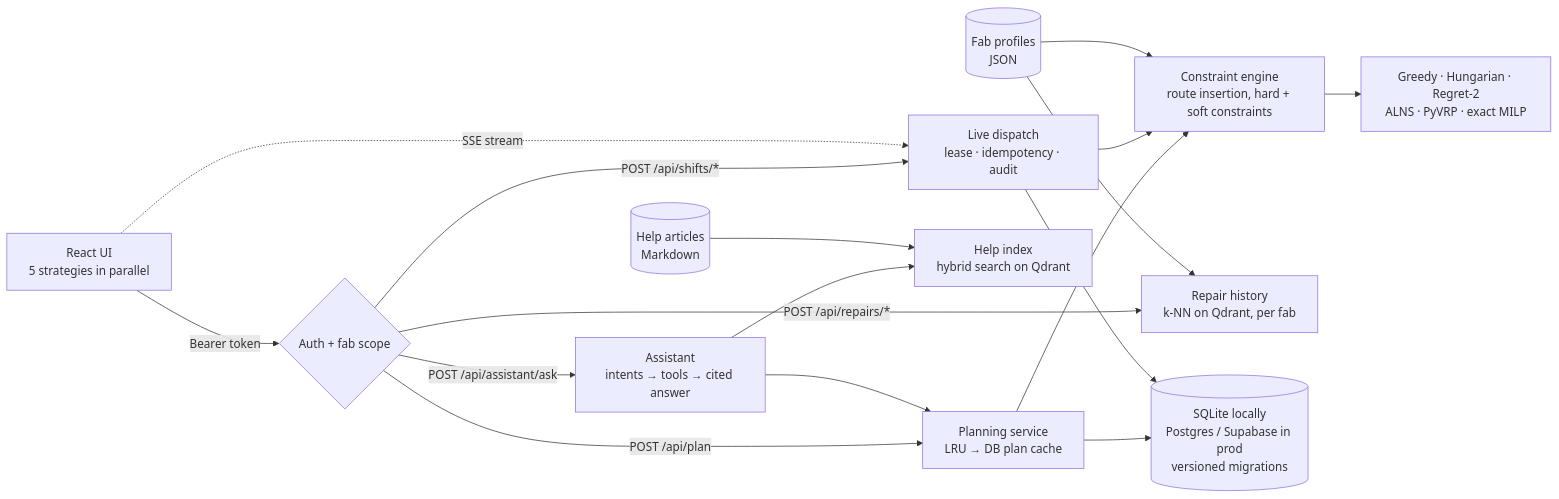
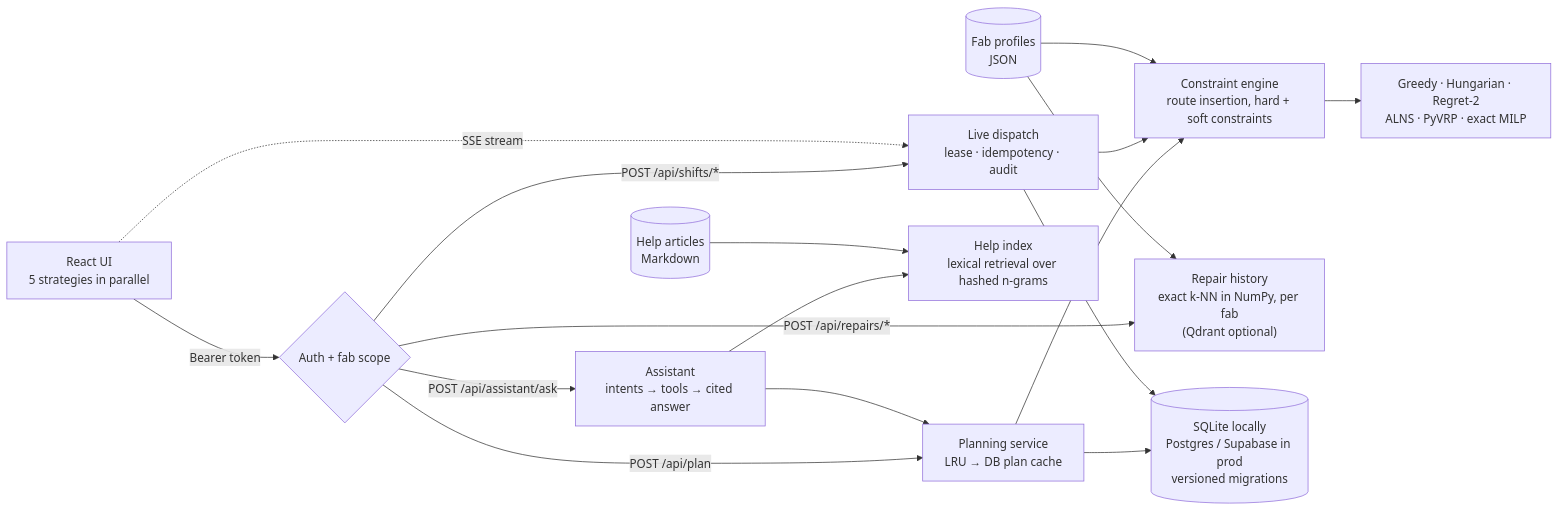
Before and after one commit to pavansky/fab-dispatch: the diagram in README.md, drawn with Mermaid. The commit also changed other lines of this file and 22 other files, not shown here.

````diff
--- a/README.md
+++ b/README.md
@@ -263,17 +287,17 @@
 ```mermaid
 flowchart LR
   UI["React UI<br/>5 strategies in parallel"] -->|"Bearer token"| AUTH{"Auth + fab scope"}
   AUTH -->|POST /api/plan| PS["Planning service<br/>LRU → DB plan cache"]
   PS --> ENG["Constraint engine<br/>route insertion, hard + soft constraints"]
   ENG --> ALG["Greedy · Hungarian · Regret-2<br/>ALNS · PyVRP · exact MILP"]
   AUTH -->|"POST /api/shifts/*"| LIVE["Live dispatch<br/>lease · idempotency · audit"]
   LIVE --> ENG
   UI -.->|SSE stream| LIVE
-  AUTH -->|POST /api/repairs/*| KN["Repair history<br/>k-NN on Qdrant, per fab"]
+  AUTH -->|POST /api/repairs/*| KN["Repair history<br/>exact k-NN in NumPy, per fab<br/>(Qdrant optional)"]
   AUTH -->|POST /api/assistant/ask| AS["Assistant<br/>intents → tools → cited answer"]
   AS --> PS
-  AS --> HI["Help index<br/>hybrid search on Qdrant"]
+  AS --> HI["Help index<br/>lexical retrieval over hashed n-grams"]
   HELP[("Help articles<br/>Markdown")] --> HI
   PROF[("Fab profiles<br/>JSON")] --> ENG & KN
   PS & LIVE --> DB[("SQLite locally<br/>Postgres / Supabase in prod<br/>versioned migrations")]
 ```
````
